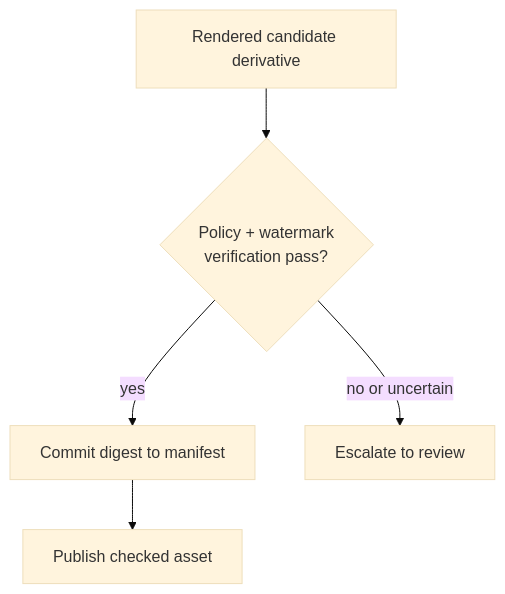
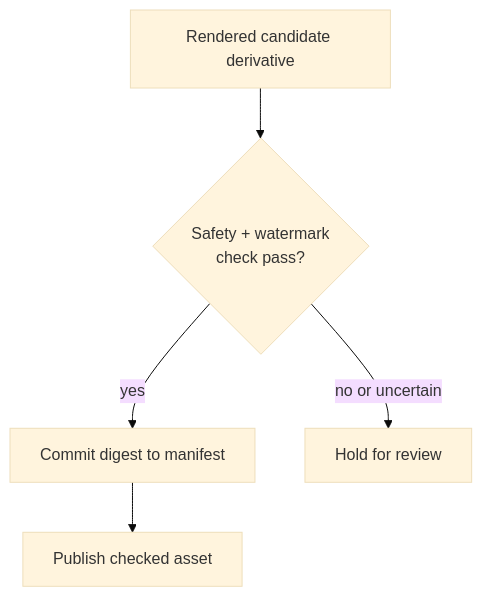
Before and after one commit to bvolpato/leetllm: the second of 2 diagrams in web/src/content/system-design/image-generation-diffusion-models/content.md, drawn with Mermaid (base theme). The commit also changed other lines of this file and 23 other files, not shown here.

````diff
--- a/web/src/content/system-design/image-generation-diffusion-models/content.md
+++ b/web/src/content/system-design/image-generation-diffusion-models/content.md
@@ -111,7 +112,7 @@
 ```mermaid
 flowchart TB
-    A["Rendered candidate derivative"]:::muted --> B{"Policy + watermark<br/>verification pass?"}:::warning
+    A["Rendered candidate derivative"]:::muted --> B{"Safety + watermark<br/>check pass?"}:::warning
     B -->|yes| C["Commit digest to manifest"]:::secondary
     C --> D["Publish checked asset"]:::success
-    B -->|no or uncertain| E["Escalate to review"]:::danger
+    B -->|no or uncertain| E["Hold for review"]:::danger
 ```
````
